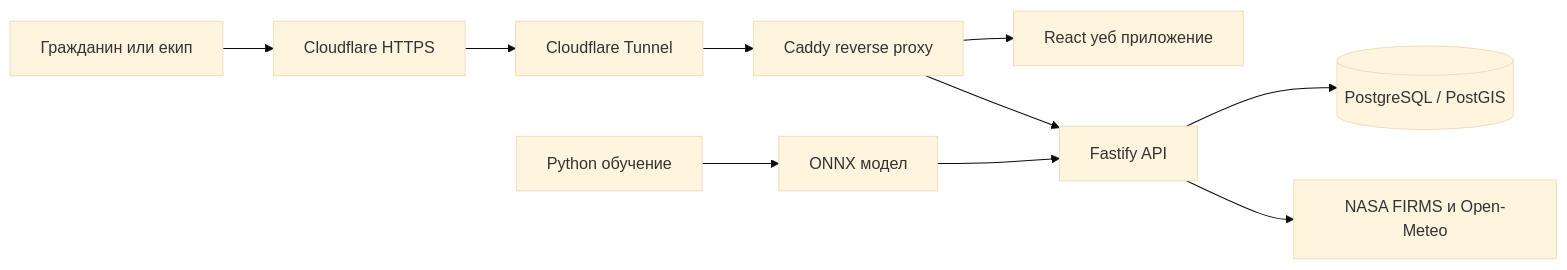
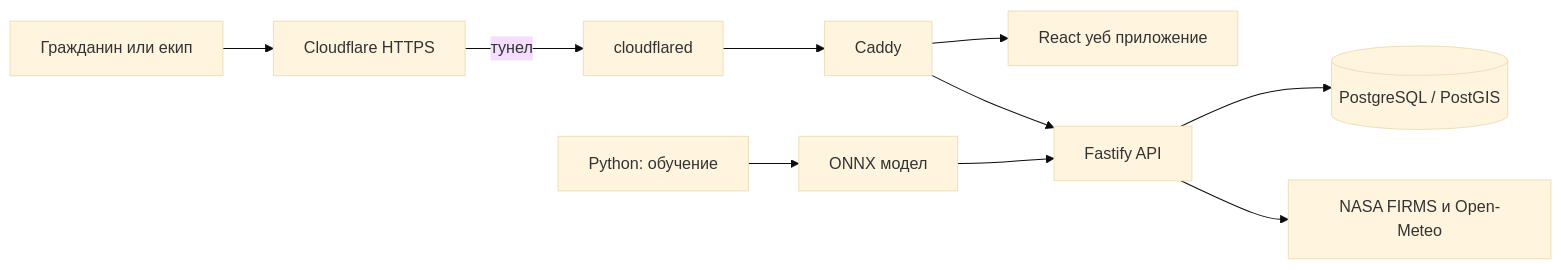
The diagram in README.md (urgeorgi09/FireRadar), drawn with Mermaid (base theme) before and after one commit. The commit also changed other lines of this file and 4 other files, not shown here.

````diff
--- a/README.md
+++ b/README.md
@@ -40,12 +95,12 @@
 ```mermaid
 flowchart LR
-    Visitor[Гражданин или екип] --> CF[Cloudflare HTTPS]
-    CF --> Tunnel[Cloudflare Tunnel]
-    Tunnel --> Proxy[Caddy reverse proxy]
-    Proxy --> Web[React уеб приложение]
-    Proxy --> API[Fastify API]
-    API --> DB[(PostgreSQL / PostGIS)]
-    API --> Sources[NASA FIRMS и Open-Meteo]
-    ML[Python обучение] --> Model[ONNX модел]
-    Model --> API
+    V[Гражданин или екип] --> CF[Cloudflare HTTPS]
+    CF -->|тунел| CD[cloudflared]
+    CD --> P[Caddy]
+    P --> W[React уеб приложение]
+    P --> A[Fastify API]
+    A --> DB[(PostgreSQL / PostGIS)]
+    A --> S[NASA FIRMS и Open-Meteo]
+    ML[Python: обучение] --> M[ONNX модел]
+    M --> A
 ```
````
